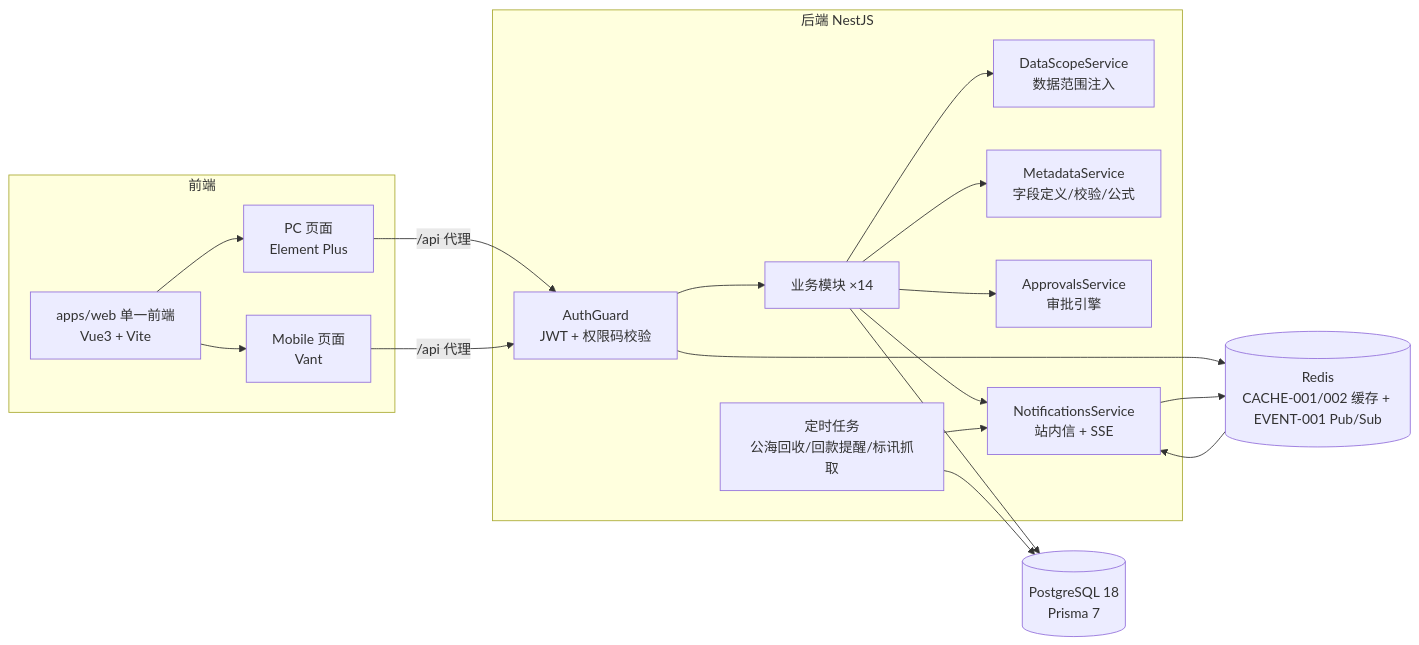
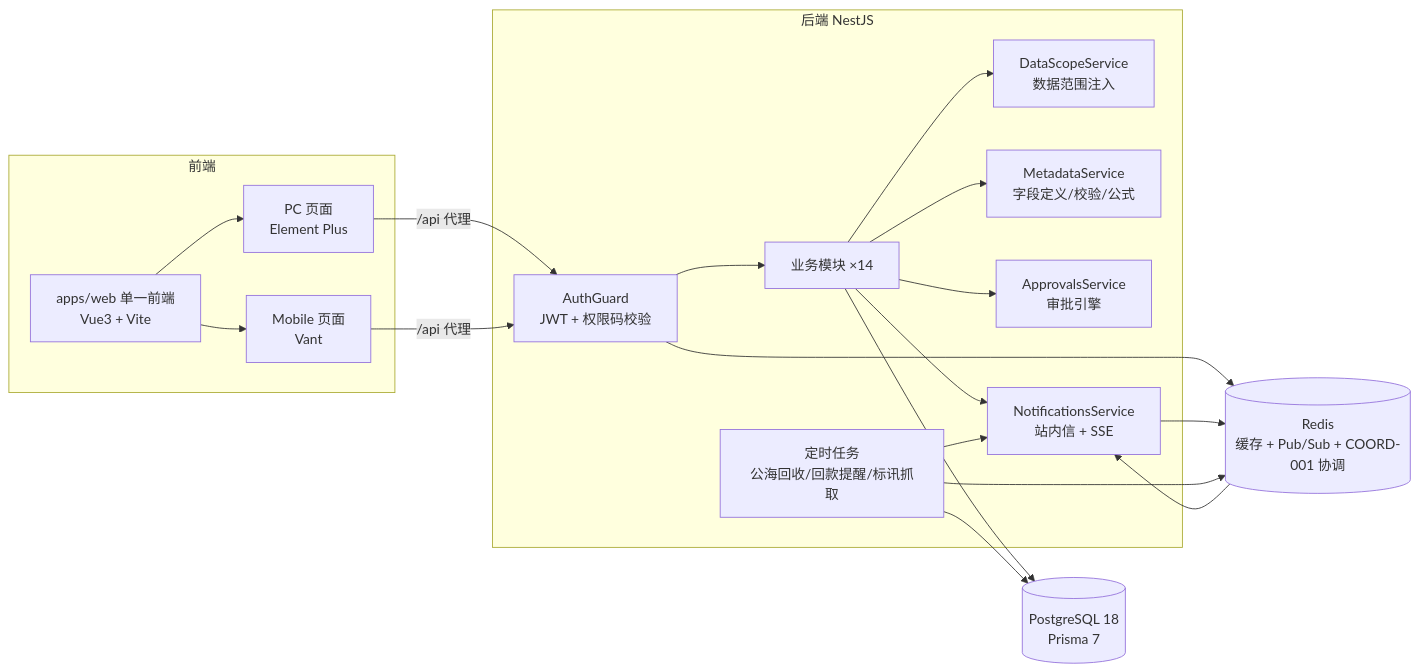
One commit to HideInMatrix/micromatrix-crm changed the first of 2 diagrams in docs/architecture.md. Above: the diagram before and after it, drawn with Mermaid. The commit also changed other lines of this file and 64 other files, not shown here.

````diff
--- a/docs/architecture.md
+++ b/docs/architecture.md
@@ -5,35 +5,36 @@
 ```mermaid
 flowchart LR
   subgraph clients [前端]
     Web[apps/web 单一前端<br/>Vue3 + Vite]
     PC[PC 页面<br/>Element Plus]
     Mobile[Mobile 页面<br/>Vant]
     Web --> PC
     Web --> Mobile
   end
   subgraph server [后端 NestJS]
     Guard[AuthGuard<br/>JWT + 权限码校验]
     Scope[DataScopeService<br/>数据范围注入]
     Meta[MetadataService<br/>字段定义/校验/公式]
     Approval[ApprovalsService<br/>审批引擎]
     Biz[业务模块 ×14]
     Cron[定时任务<br/>公海回收/回款提醒/标讯抓取]
     Notify[NotificationsService<br/>站内信 + SSE]
   end
   DB[(PostgreSQL 18<br/>Prisma 7)]
-  Redis[(Redis<br/>CACHE-001/002 缓存 + EVENT-001 Pub/Sub)]
+  Redis[(Redis<br/>缓存 + Pub/Sub + COORD-001 协调)]
 
   PC -->|/api 代理| Guard
   Mobile -->|/api 代理| Guard
   Guard --> Biz
   Guard --> Redis
   Biz --> Scope
   Biz --> Meta
   Biz --> Approval
   Biz --> Notify
   Biz --> DB
   Notify --> Redis
   Redis --> Notify
+  Cron --> Redis
   Cron --> DB
   Cron --> Notify
 ```
````
